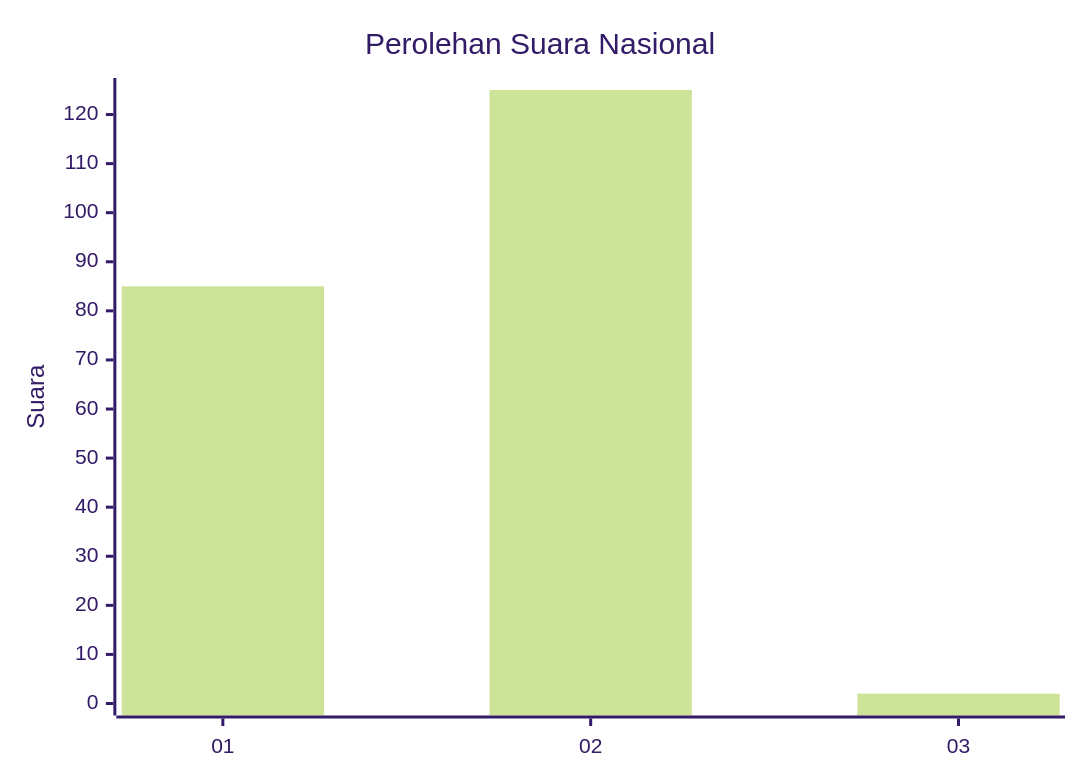
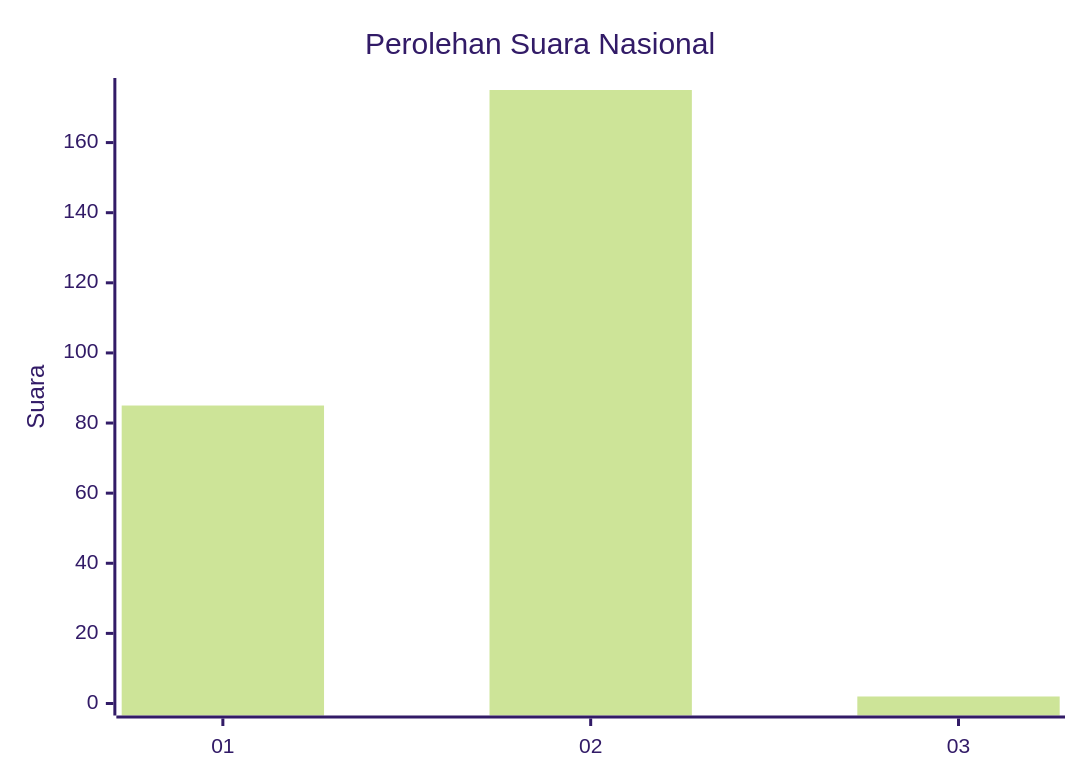
One commit to gigit-pemilu/pemilu-2024-52-nusa-tenggara-barat changed the first of 2 diagrams in pilpres/hitung-suara/sub/52-nusa-tenggara-barat/sub/01-lombok-barat/sub/07-sekotong/sub/2006-batu-putih/sub/011-tps/README.md. Above: the diagram before and after it, drawn with Mermaid (forest theme). The commit also changed other lines of this file and 721 other files, not shown here.

````diff
--- a/pilpres/hitung-suara/sub/52-nusa-tenggara-barat/sub/01-lombok-barat/sub/07-sekotong/sub/2006-batu-putih/sub/011-tps/README.md
+++ b/pilpres/hitung-suara/sub/52-nusa-tenggara-barat/sub/01-lombok-barat/sub/07-sekotong/sub/2006-batu-putih/sub/011-tps/README.md
@@ -5,7 +5,7 @@
 ```mermaid
 xychart-beta
     title "Perolehan Suara Nasional"
     x-axis [01, 02, 03]
-    y-axis "Suara" 0 --> 125
-    bar [85, 125, 2]
+    y-axis "Suara" 0 --> 175
+    bar [85, 175, 2]
 ```
````
